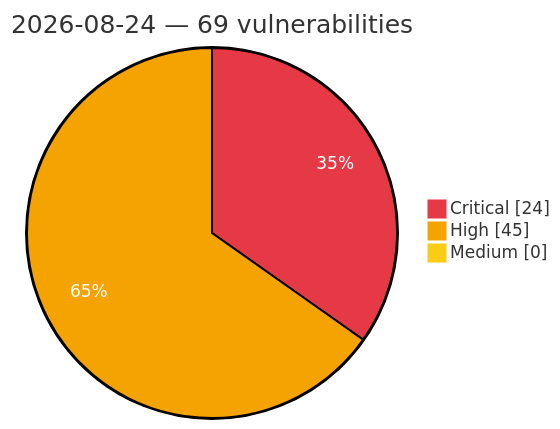
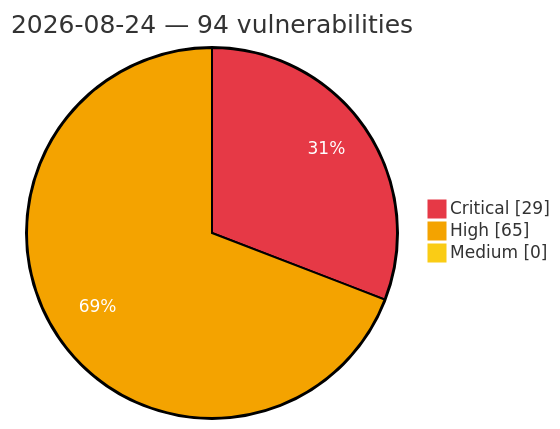
Before and after one commit to GhostX0X/vuln-tracker: the diagram in vulnerabilities/2026/August/2026-08-24.md, drawn with Mermaid. The commit also changed other lines of this file and 5 other files, not shown here.

Commit message:
Auto update: critical/high vulns (2026-08-24 18:44 UTC)

````diff
--- a/vulnerabilities/2026/August/2026-08-24.md
+++ b/vulnerabilities/2026/August/2026-08-24.md
@@ -3,8 +3,8 @@
 ```mermaid
 %%{init: {'theme':'base', 'themeVariables': {'pie1':'#e63946', 'pie2':'#f4a300', 'pie3':'#facc15', 'pieOpacity':'1', 'pieOuterStrokeWidth':'2px', 'pieSectionTextColor':'#ffffff'}}}%%
 pie showData
-    title 2026-08-24 — 69 vulnerabilities
-    "Critical" : 24
-    "High" : 45
+    title 2026-08-24 — 94 vulnerabilities
+    "Critical" : 29
+    "High" : 65
     "Medium" : 0
 ```
````
